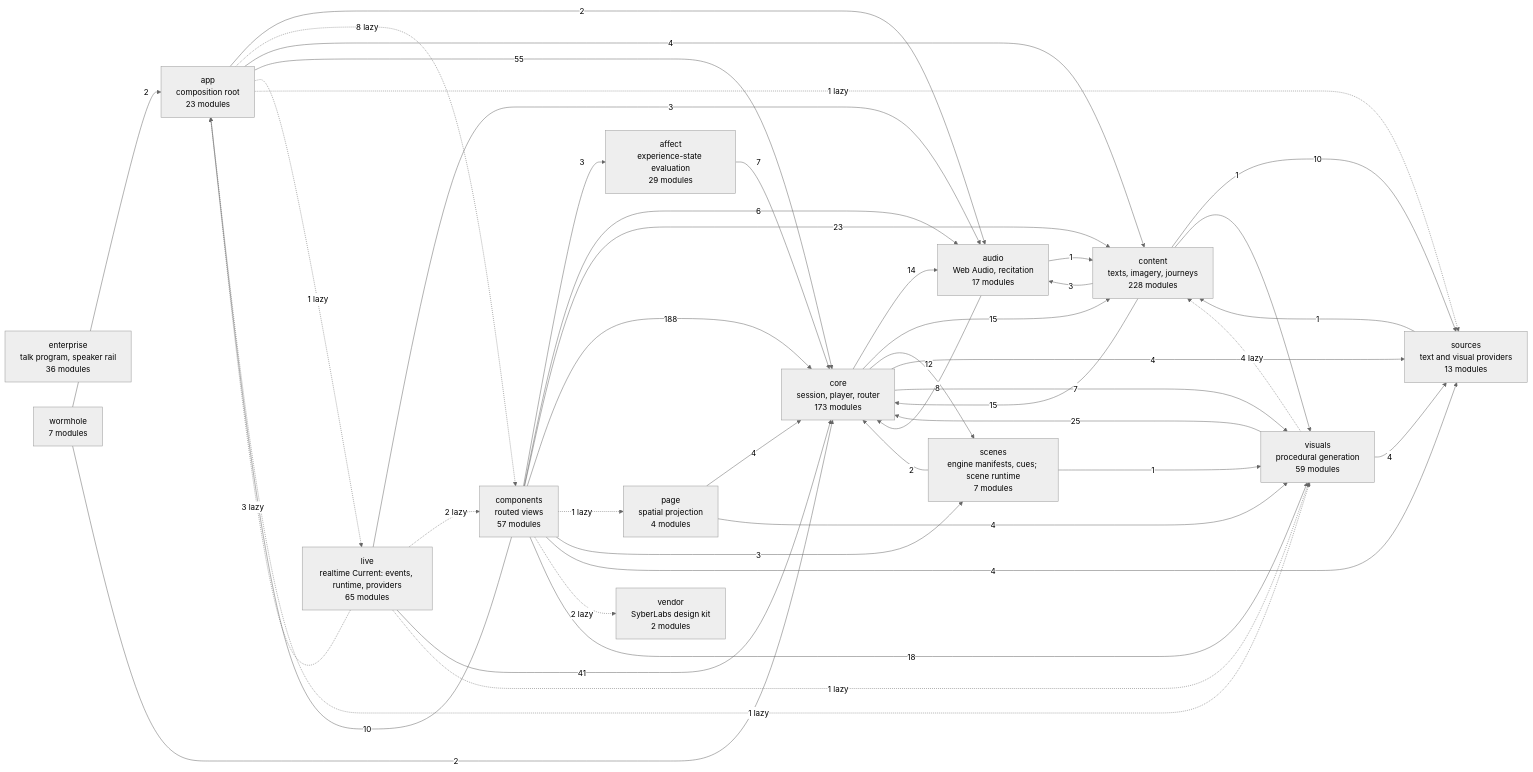
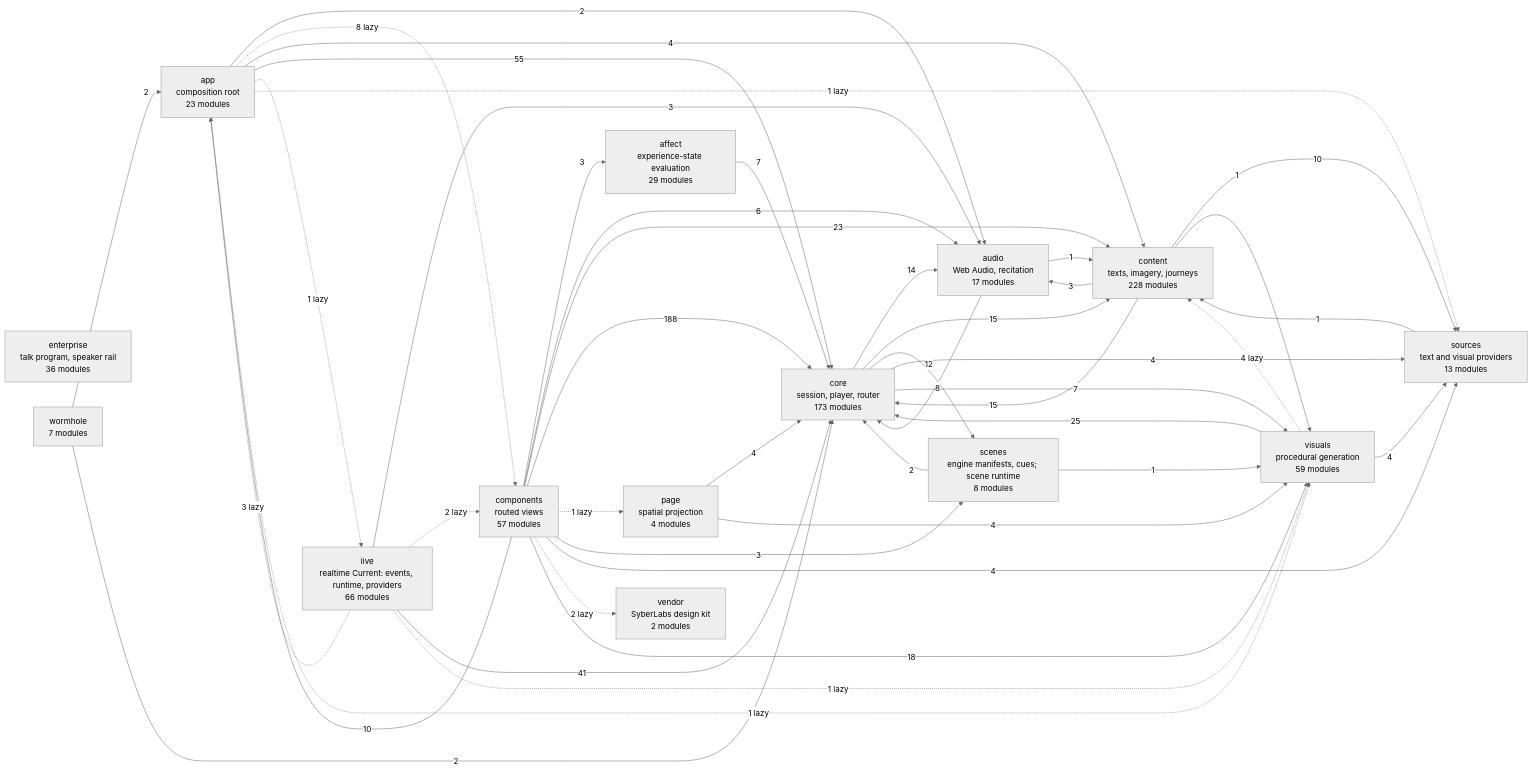
Before and after one commit to SyberLabs/RISE: the diagram in docs/specs/ARCHITECTURE.md, drawn with Mermaid (neutral theme).

Commit message:
The architecture diagram counts the two new modules

````diff
--- a/docs/specs/ARCHITECTURE.md
+++ b/docs/specs/ARCHITECTURE.md
@@ -161,62 +161,62 @@
 ```mermaid
 flowchart LR
     affect["affect<br/>experience-state evaluation<br/>29 modules"]
     app["app<br/>composition root<br/>23 modules"]
     audio["audio<br/>Web Audio, recitation<br/>17 modules"]
     components["components<br/>routed views<br/>57 modules"]
     content["content<br/>texts, imagery, journeys<br/>228 modules"]
     core["core<br/>session, player, router<br/>173 modules"]
     enterprise["enterprise<br/>talk program, speaker rail<br/>36 modules"]
-    live["live<br/>realtime Current: events, runtime, providers<br/>65 modules"]
+    live["live<br/>realtime Current: events, runtime, providers<br/>66 modules"]
     page["page<br/>spatial projection<br/>4 modules"]
-    scenes["scenes<br/>engine manifests, cues; scene runtime<br/>7 modules"]
+    scenes["scenes<br/>engine manifests, cues; scene runtime<br/>8 modules"]
     sources["sources<br/>text and visual providers<br/>13 modules"]
     vendor["vendor<br/>SyberLabs design kit<br/>2 modules"]
     visuals["visuals<br/>procedural generation<br/>59 modules"]
     wormhole["wormhole<br/>7 modules"]
 
     affect --> |7| core
     app --> |2| audio
     app -.-> |8 lazy| components
     app --> |4| content
     app --> |55| core
     app -.-> |1 lazy| live
     app -.-> |1 lazy| sources
     app -.-> |1 lazy| visuals
     audio --> |1| content
     audio --> |8| core
     components --> |3| affect
     components --> |10| app
     components --> |6| audio
     components --> |23| content
     components --> |188| core
     components -.-> |1 lazy| page
     components --> |3| scenes
     components --> |4| sources
     components -.-> |2 lazy| vendor
     components --> |18| visuals
     content --> |3| audio
     content --> |15| core
     content --> |10| sources
     content --> |1| visuals
     core --> |14| audio
     core --> |15| content
     core --> |12| scenes
     core --> |4| sources
     core --> |7| visuals
     live -.-> |3 lazy| app
     live --> |3| audio
     live -.-> |2 lazy| components
     live --> |41| core
     live -.-> |1 lazy| visuals
     page --> |4| core
     page --> |4| visuals
     scenes --> |2| core
     scenes --> |1| visuals
     sources --> |1| content
     visuals -.-> |4 lazy| content
     visuals --> |25| core
     visuals --> |4| sources
     wormhole --> |2| app
     wormhole --> |2| core
 ```
````
